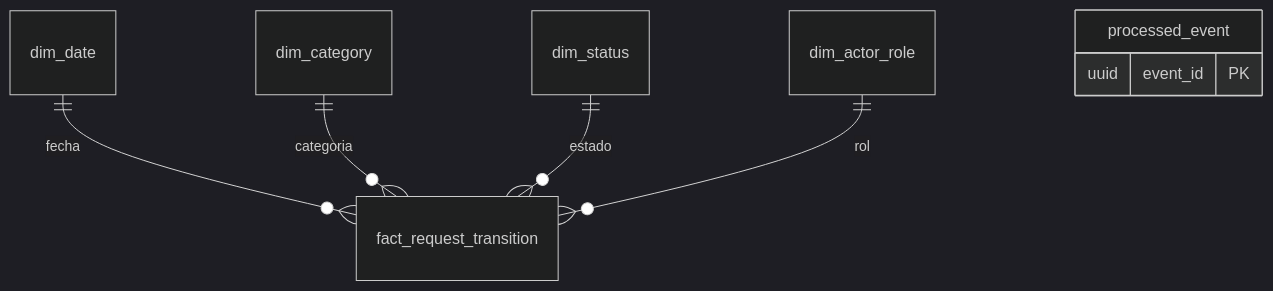
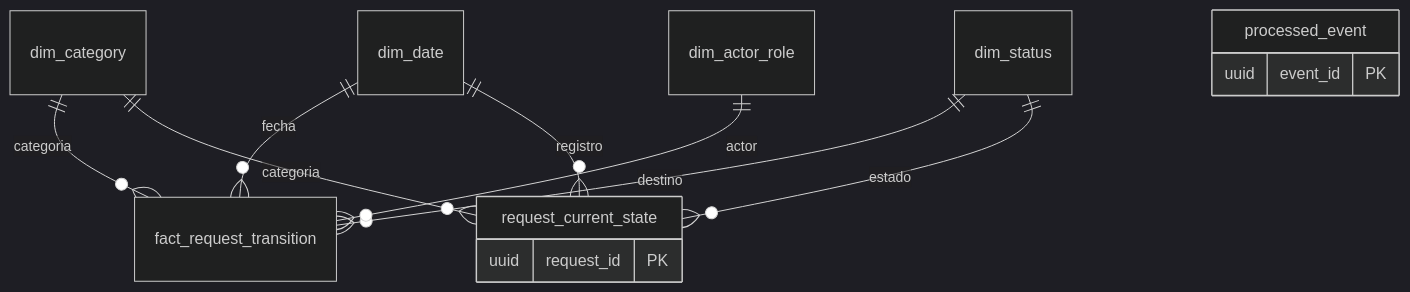
One commit to cristhian1820/operational-requests-platform changed the second of 2 diagrams in docs/architecture/data-model.md. Above: the diagram before and after it, drawn with Mermaid (dark theme). The commit also changed other lines of this file and 39 other files, not shown here.

Commit message:
feat: implement event-driven indicators flow

````diff
--- a/docs/architecture/data-model.md
+++ b/docs/architecture/data-model.md
@@ -13,8 +14,12 @@
 ```mermaid
 erDiagram
  dim_date ||--o{ fact_request_transition : fecha
  dim_category ||--o{ fact_request_transition : categoria
- dim_status ||--o{ fact_request_transition : estado
- dim_actor_role ||--o{ fact_request_transition : rol
+ dim_status ||--o{ fact_request_transition : destino
+ dim_actor_role ||--o{ fact_request_transition : actor
+ dim_category ||--o{ request_current_state : categoria
+ dim_status ||--o{ request_current_state : estado
+ dim_date ||--o{ request_current_state : registro
  processed_event { uuid event_id PK }
+ request_current_state { uuid request_id PK }
 ```
````
